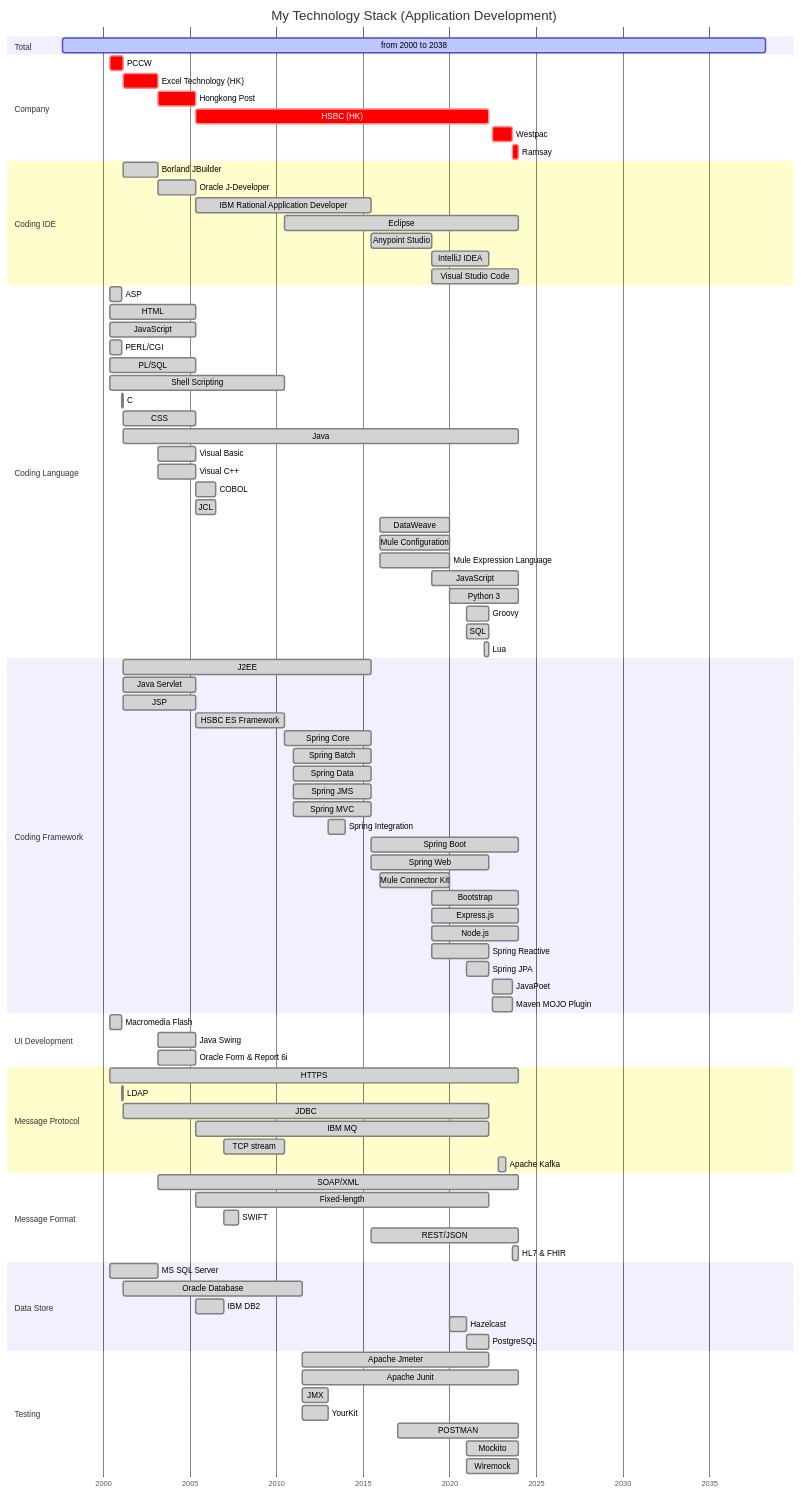
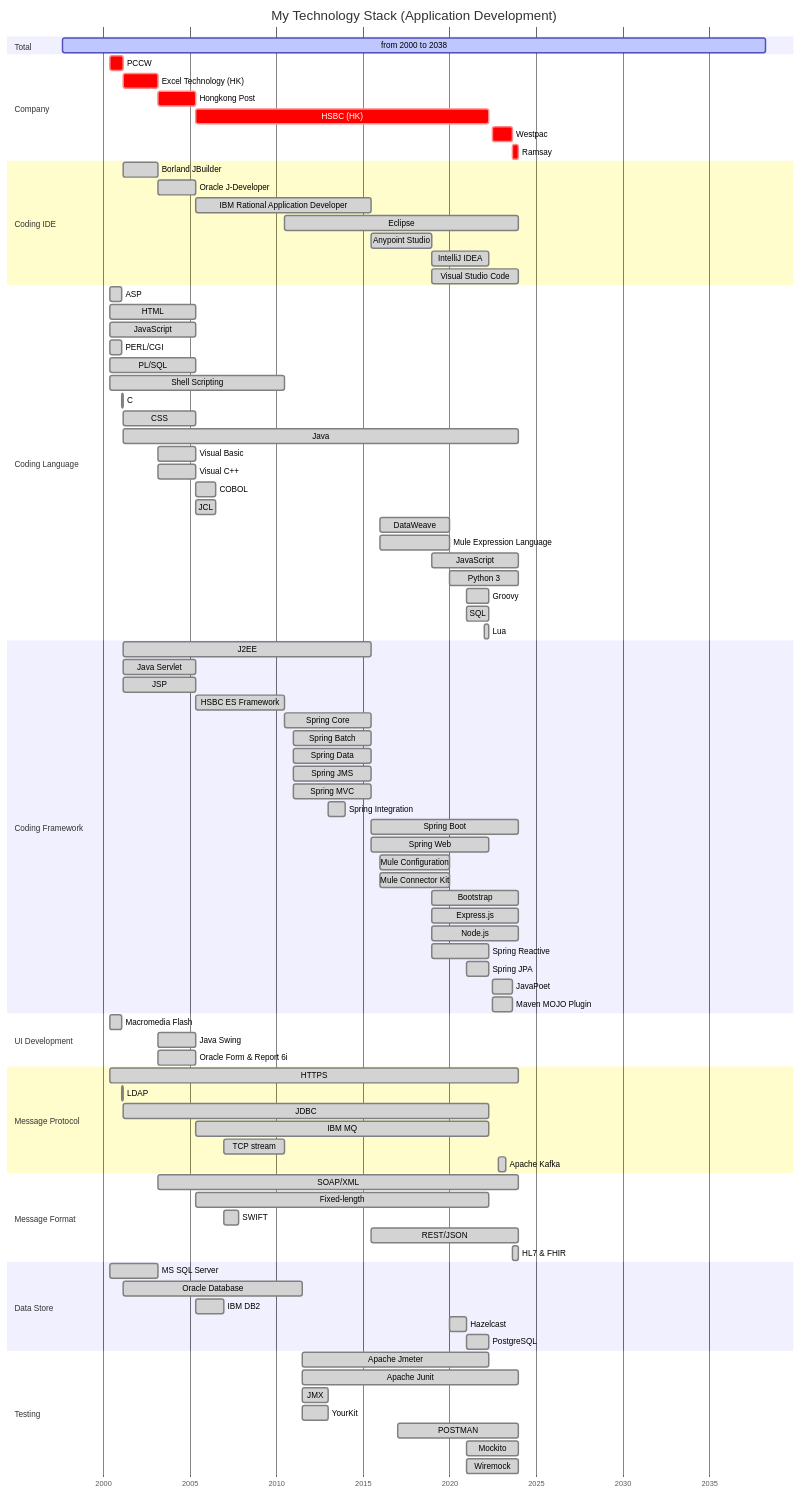
Before and after one commit to jackfclee/my-profile: the second of 3 diagrams in README.md, drawn with Mermaid. The commit also changed other lines of this file, not shown here.

```diff
--- a/README.md
+++ b/README.md
@@ -69,7 +69,6 @@
         COBOL                              :done    ,            2005-05-09, 2006-06-30
         JCL                                :done    ,            2005-05-09, 2006-06-30
         DataWeave                          :done    ,            2016-01-01, 2019-12-31
-        Mule Configuration                 :done    ,            2016-01-01, 2019-12-31
         Mule Expression Language           :done    ,            2016-01-01, 2019-12-31
         JavaScript                         :done    ,            2019-01-01, 2023-12-31
         Python 3                           :done    ,            2020-01-01, 2023-12-31
@@ -89,6 +88,7 @@
         Spring Integration                 :done    ,            2013-01-01, 2013-12-31
         Spring Boot                        :done    ,            2015-07-01, 2023-12-31
         Spring Web                         :done    ,            2015-07-01, 2022-04-06
+        Mule Configuration                 :done    ,            2016-01-01, 2019-12-31
         Mule Connector Kit                 :done    ,            2016-01-01, 2019-12-31
         Bootstrap                          :done    ,            2019-01-01, 2023-12-31
         Express.js                         :done    ,            2019-01-01, 2023-12-31
```
